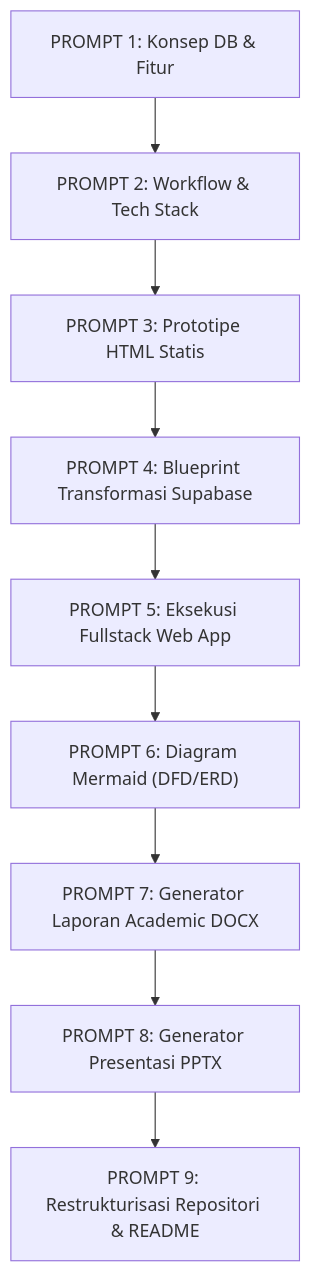
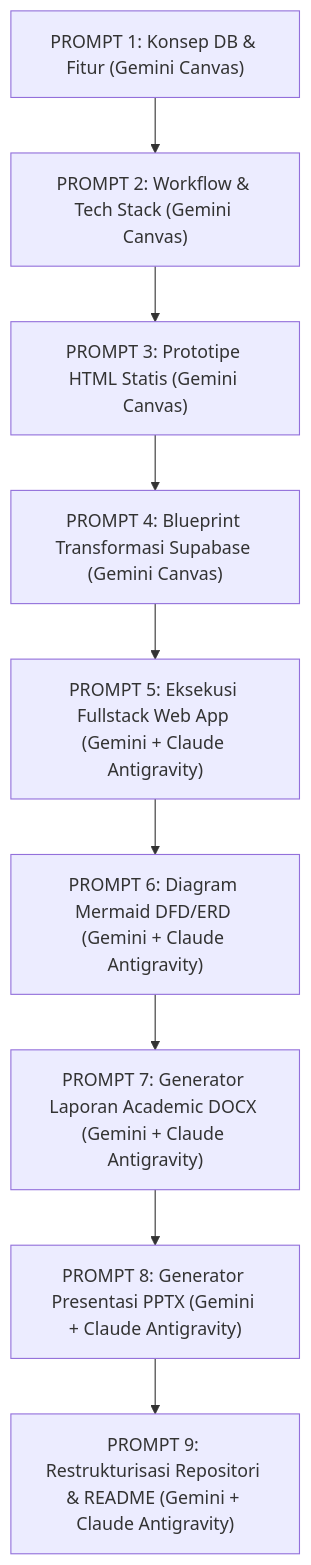
Before and after one commit to sahruulmubarokk-dot/Sistem-Informasi-Apotek: the diagram in README.md, drawn with Mermaid. The commit also changed other lines of this file and 1 other file, not shown here.

````diff
--- a/README.md
+++ b/README.md
@@ -45,11 +45,11 @@
 ```mermaid
 graph TD
-    P1["PROMPT 1: Konsep DB & Fitur"] --> P2["PROMPT 2: Workflow & Tech Stack"]
-    P2 --> P3["PROMPT 3: Prototipe HTML Statis"]
-    P3 --> P4["PROMPT 4: Blueprint Transformasi Supabase"]
-    P4 --> P5["PROMPT 5: Eksekusi Fullstack Web App"]
-    P5 --> P6["PROMPT 6: Diagram Mermaid (DFD/ERD)"]
-    P6 --> P7["PROMPT 7: Generator Laporan Academic DOCX"]
-    P7 --> P8["PROMPT 8: Generator Presentasi PPTX"]
-    P8 --> P9["PROMPT 9: Restrukturisasi Repositori & README"]
+    P1["PROMPT 1: Konsep DB & Fitur (Gemini Canvas)"] --> P2["PROMPT 2: Workflow & Tech Stack (Gemini Canvas)"]
+    P2 --> P3["PROMPT 3: Prototipe HTML Statis (Gemini Canvas)"]
+    P3 --> P4["PROMPT 4: Blueprint Transformasi Supabase (Gemini Canvas)"]
+    P4 --> P5["PROMPT 5: Eksekusi Fullstack Web App (Gemini + Claude Antigravity)"]
+    P5 --> P6["PROMPT 6: Diagram Mermaid DFD/ERD (Gemini + Claude Antigravity)"]
+    P6 --> P7["PROMPT 7: Generator Laporan Academic DOCX (Gemini + Claude Antigravity)"]
+    P7 --> P8["PROMPT 8: Generator Presentasi PPTX (Gemini + Claude Antigravity)"]
+    P8 --> P9["PROMPT 9: Restrukturisasi Repositori & README (Gemini + Claude Antigravity)"]
 ```
````
